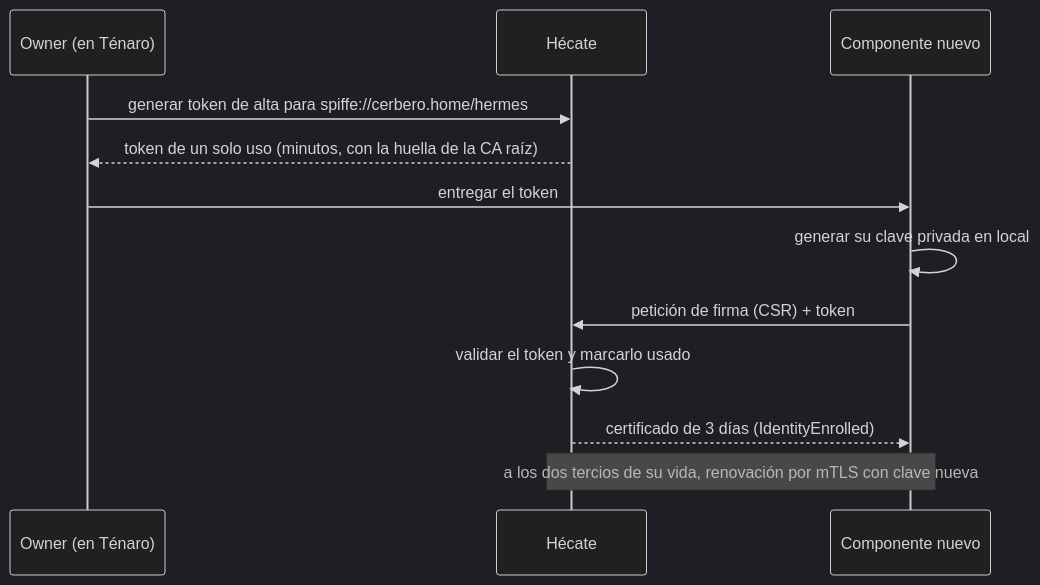
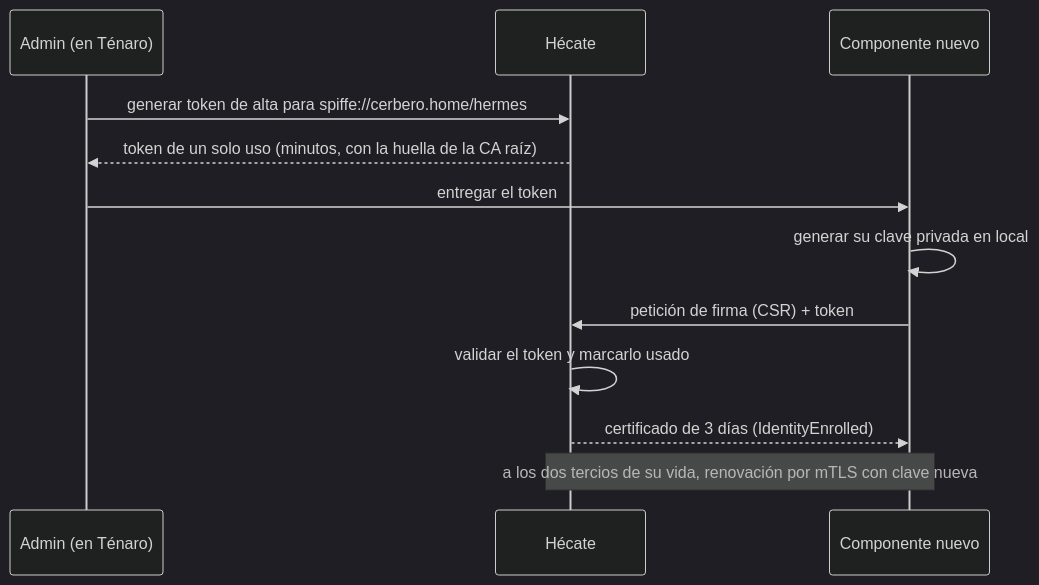
Before and after one commit to xandro30/Cerbero: the fifth of 7 diagrams in docs/hecate.md, drawn with Mermaid (dark theme). The commit also changed other lines of this file and 57 other files, not shown here.

````diff
--- a/docs/hecate.md
+++ b/docs/hecate.md
@@ -133,14 +133,14 @@
 ```mermaid
 sequenceDiagram
-    participant O as Owner (en Ténaro)
+    participant O as Admin (en Ténaro)
     participant K as Hécate
     participant C as Componente nuevo
     O->>K: generar token de alta para spiffe://cerbero.home/hermes
     K-->>O: token de un solo uso (minutos, con la huella de la CA raíz)
     O->>C: entregar el token
     C->>C: generar su clave privada en local
     C->>K: petición de firma (CSR) + token
     K->>K: validar el token y marcarlo usado
     K-->>C: certificado de 3 días (IdentityEnrolled)
     Note over C,K: a los dos tercios de su vida, renovación por mTLS con clave nueva
 ```
````
